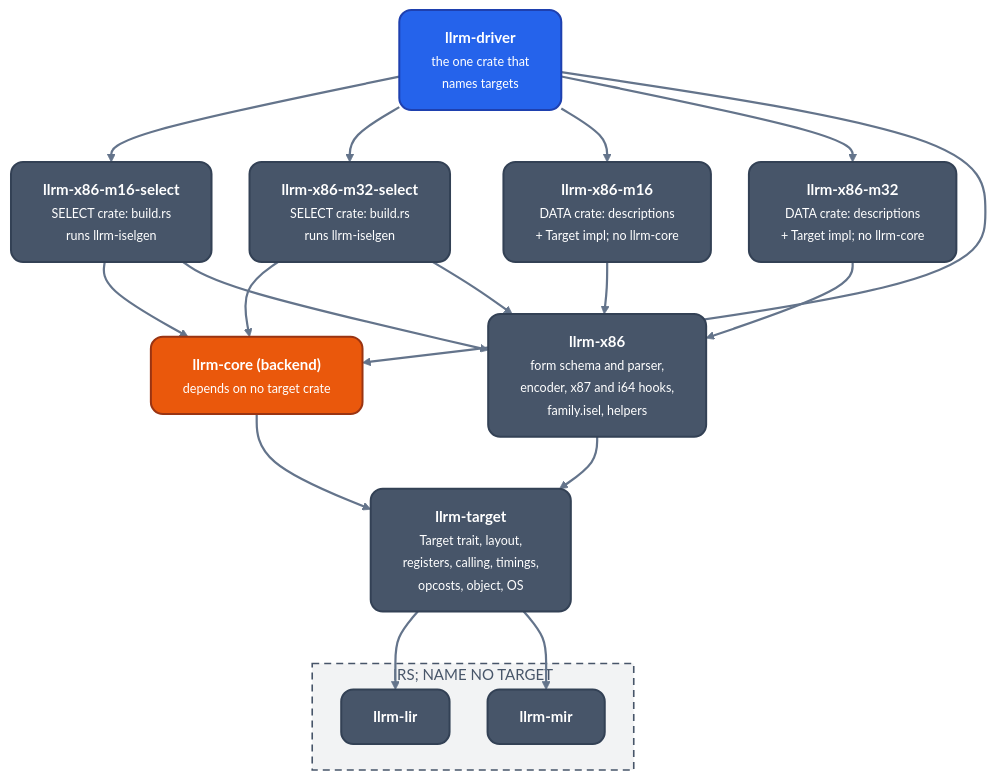
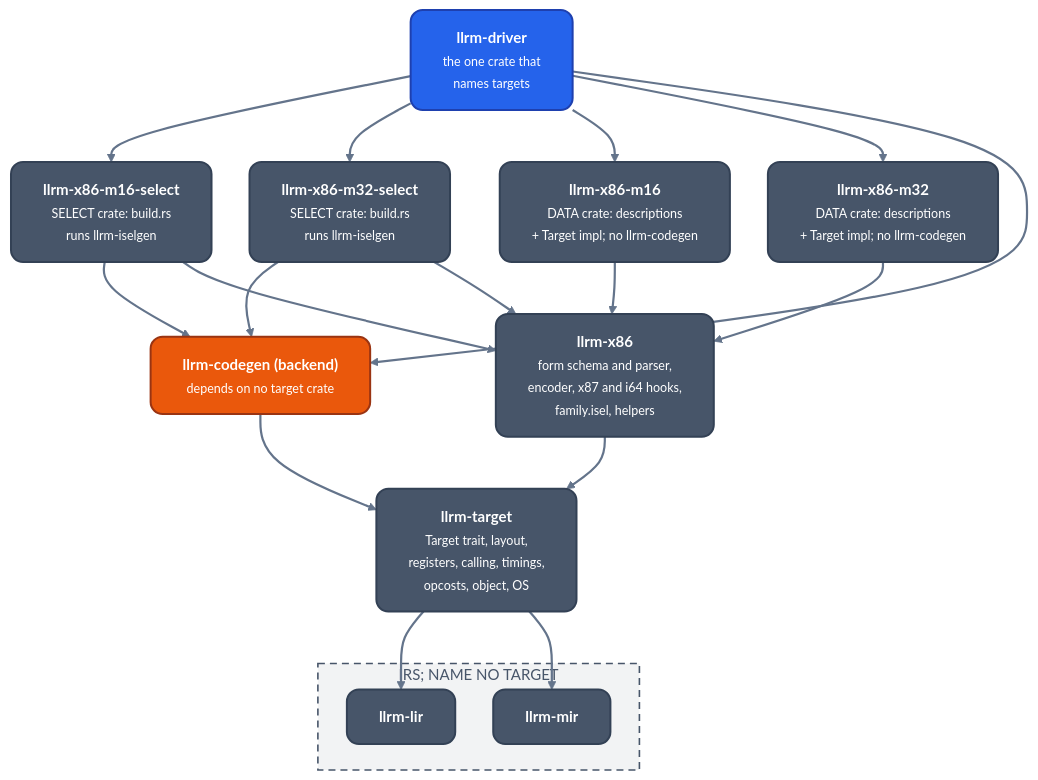
One commit to ali-mosavian/llrm changed the first of 2 diagrams in docs/machine/targets.md. Above: the diagram before and after it, drawn with Mermaid. The commit also changed other lines of this file and 820 other files, not shown here.

Commit message:
refactor(layout): llrm-core becomes crates/codegen/llrm-codegen

````diff
--- a/docs/machine/targets.md
+++ b/docs/machine/targets.md
@@ -16,36 +16,36 @@
 ```mermaid
 %%{init: {'theme':'base','themeVariables':{'fontFamily':'Segoe UI, Helvetica Neue, Arial, DejaVu Sans, sans-serif','fontSize':'15px','primaryColor':'#475569','primaryTextColor':'#ffffff','primaryBorderColor':'#334155','lineColor':'#64748b','secondaryColor':'#475569','tertiaryColor':'transparent','clusterBkg':'transparent','clusterBorder':'#64748b','edgeLabelBackground':'#334155','textColor':'#64748b','titleColor':'#64748b'},'flowchart':{'curve':'basis','nodeSpacing':38,'rankSpacing':52,'padding':16,'wrappingWidth':360,'htmlLabels':true,'useMaxWidth':true}}}%%
 flowchart TB
   classDef src fill:#2563eb,stroke:#1e40af,stroke-width:2px,color:#ffffff,rx:12px,ry:12px
   classDef mid fill:#475569,stroke:#334155,stroke-width:2px,color:#ffffff,rx:12px,ry:12px
   classDef opt fill:#ea580c,stroke:#9a3412,stroke-width:2px,color:#ffffff,rx:12px,ry:12px
   linkStyle default stroke:#64748b,stroke-width:2.2px
   drv["<b>llrm-driver</b><br/><small>the one crate that<br/>names targets</small>"]:::src
-  core["<b>llrm-core (backend)</b><br/><small>depends on no target crate</small>"]:::opt
+  core["<b>llrm-codegen (backend)</b><br/><small>depends on no target crate</small>"]:::opt
   s16["<b>llrm-x86-m16-select</b><br/><small>SELECT crate: build.rs<br/>runs llrm-iselgen</small>"]:::mid
   s32["<b>llrm-x86-m32-select</b><br/><small>SELECT crate: build.rs<br/>runs llrm-iselgen</small>"]:::mid
-  d16["<b>llrm-x86-m16</b><br/><small>DATA crate: descriptions<br/>+ Target impl#59; no llrm-core</small>"]:::mid
-  d32["<b>llrm-x86-m32</b><br/><small>DATA crate: descriptions<br/>+ Target impl#59; no llrm-core</small>"]:::mid
+  d16["<b>llrm-x86-m16</b><br/><small>DATA crate: descriptions<br/>+ Target impl#59; no llrm-codegen</small>"]:::mid
+  d32["<b>llrm-x86-m32</b><br/><small>DATA crate: descriptions<br/>+ Target impl#59; no llrm-codegen</small>"]:::mid
   x86["<b>llrm-x86</b><br/><small>form schema and parser,<br/>encoder, x87 and i64 hooks,<br/>family.isel, helpers</small>"]:::mid
   tgt["<b>llrm-target</b><br/><small>Target trait, layout,<br/>registers, calling, timings,<br/>opcosts, object, OS</small>"]:::mid
   subgraph g_irs["IRS#59; NAME NO TARGET"]
     lir["<b>llrm-lir</b>"]:::mid
     mir["<b>llrm-mir</b>"]:::mid
   end
   drv --> s16
   drv --> s32
   drv --> d16
   drv --> d32
   drv --> core
   s16 --> core
   s32 --> core
   s16 --> x86
   s32 --> x86
   d16 --> x86
   d32 --> x86
   x86 --> tgt
   core --> tgt
   tgt --> lir
   tgt --> mir
   style g_irs fill:#47556912,stroke:#475569,stroke-width:1.6px,stroke-dasharray:7 5,color:#475569
 ```
````
